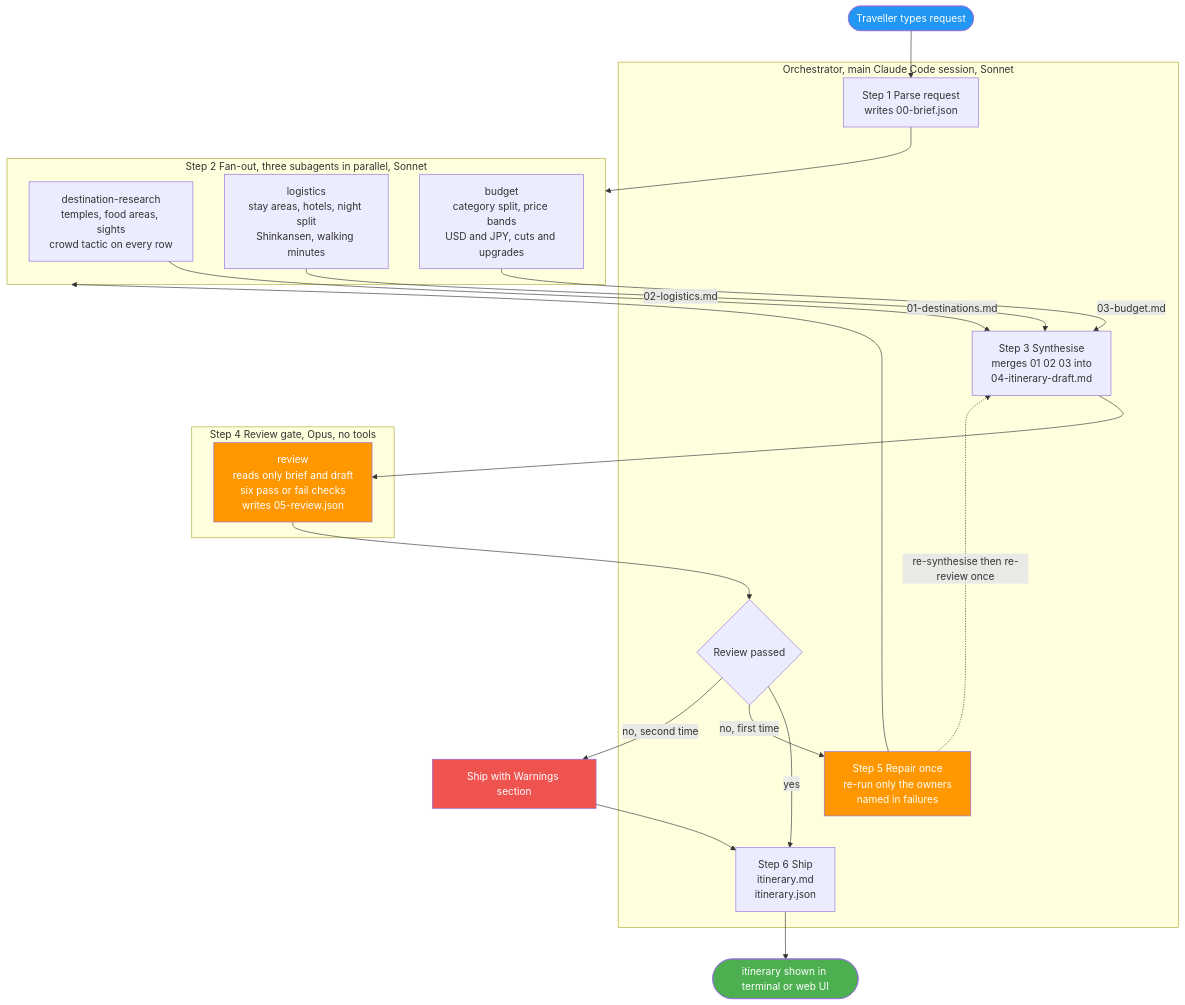
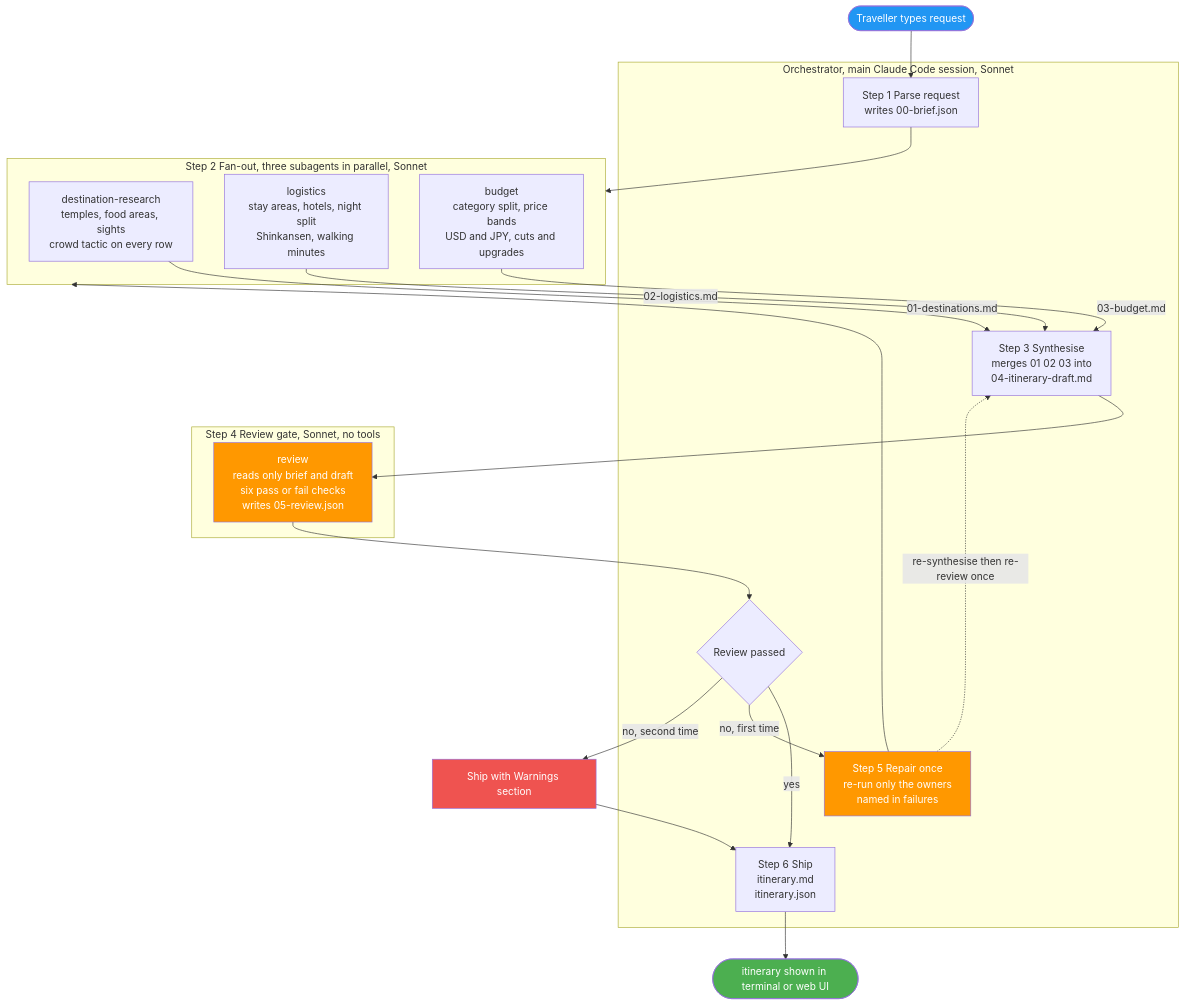
One commit to qa-aman/workshop-travel-planner changed the first of 3 diagrams in docs/agent-flow-diagram.md. Above: the diagram before and after it, drawn with Mermaid. The commit also changed other lines of this file and 7 other files, not shown here.

First line of the commit message:
move review agent from opus to sonnet

````diff
--- a/docs/agent-flow-diagram.md
+++ b/docs/agent-flow-diagram.md
@@ -9,45 +9,45 @@
 ```mermaid
 flowchart TD
     U([Traveller types request]) --> O1
 
     subgraph ORCH [Orchestrator, main Claude Code session, Sonnet]
         O1[Step 1 Parse request<br>writes 00-brief.json]
         O3[Step 3 Synthesise<br>merges 01 02 03 into<br>04-itinerary-draft.md]
         O5{Review passed}
         O5b[Step 5 Repair once<br>re-run only the owners<br>named in failures]
         O6[Step 6 Ship<br>itinerary.md<br>itinerary.json]
     end
 
     O1 --> FAN
 
     subgraph FAN [Step 2 Fan-out, three subagents in parallel, Sonnet]
         D[destination-research<br>temples, food areas, sights<br>crowd tactic on every row]
         L[logistics<br>stay areas, hotels, night split<br>Shinkansen, walking minutes]
         B[budget<br>category split, price bands<br>USD and JPY, cuts and upgrades]
     end
 
     D -->|01-destinations.md| O3
     L -->|02-logistics.md| O3
     B -->|03-budget.md| O3
 
     O3 --> R
 
-    subgraph GATE [Step 4 Review gate, Opus, no tools]
+    subgraph GATE [Step 4 Review gate, Sonnet, no tools]
         R[review<br>reads only brief and draft<br>six pass or fail checks<br>writes 05-review.json]
     end
 
     R --> O5
     O5 -- yes --> O6
     O5 -- no, first time --> O5b
     O5b --> FAN
     O5b -.->|re-synthesise then re-review once| O3
     O5 -- no, second time --> W[Ship with Warnings section]
     W --> O6
     O6 --> OUT([itinerary shown in terminal or web UI])
 
     style U fill:#2196F3,color:#fff
     style OUT fill:#4CAF50,color:#fff
     style R fill:#FF9800,color:#fff
     style W fill:#EF5350,color:#fff
     style O5b fill:#FF9800,color:#fff
 ```
````
